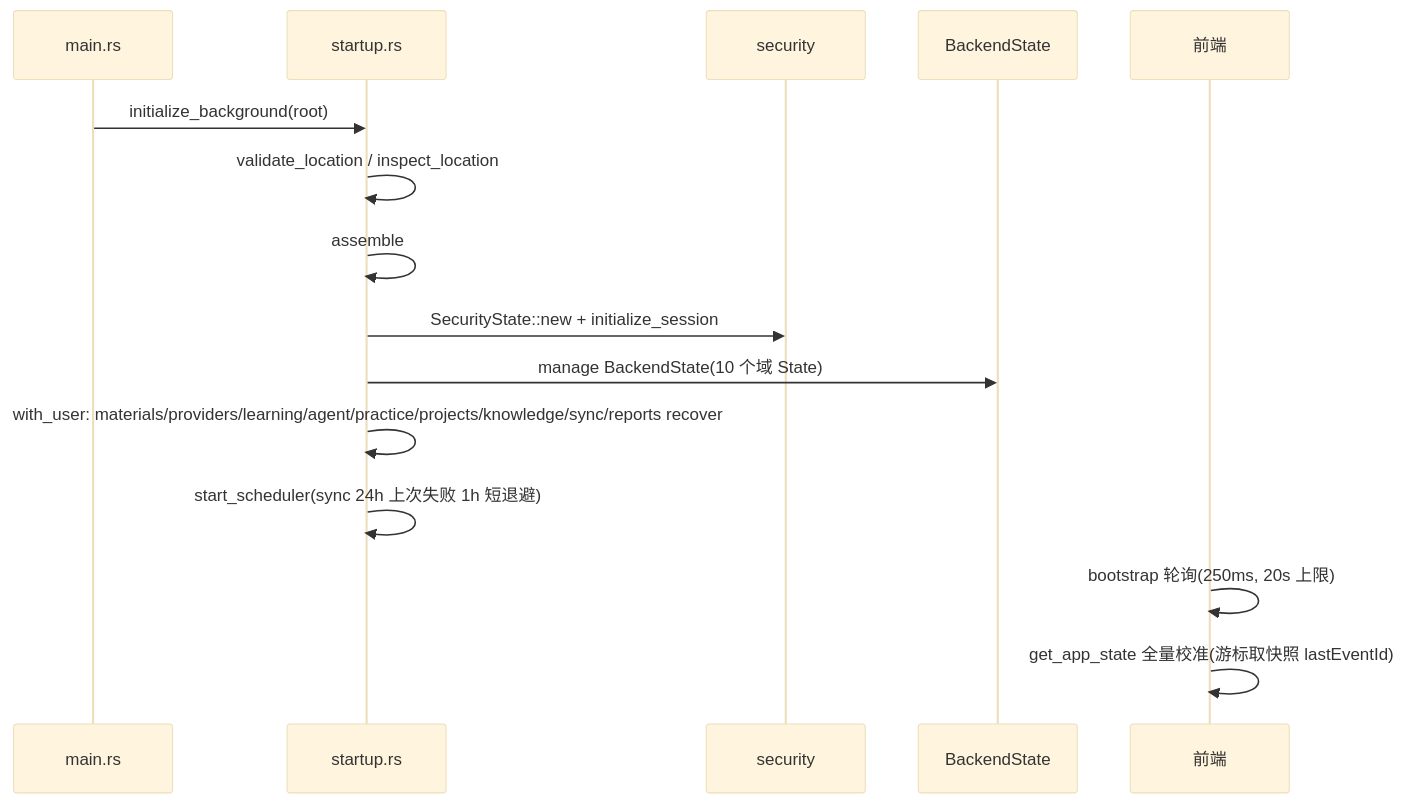
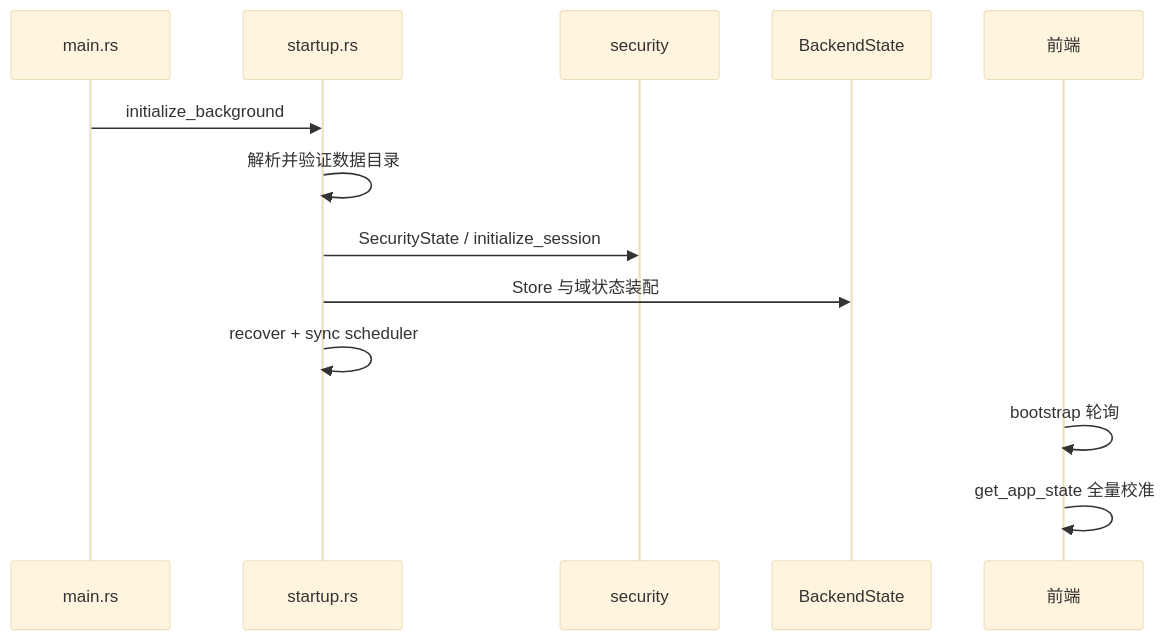
The first of 4 diagrams in docs/architecture/02-operation-principles.md (hershate/Deep-tutor), drawn with Mermaid (base theme) before and after one commit. The commit also changed other lines of this file, not shown here.

````diff
--- a/docs/architecture/02-operation-principles.md
+++ b/docs/architecture/02-operation-principles.md
@@ -7,17 +9,15 @@
 ```mermaid
 sequenceDiagram
     participant M as main.rs
-    participant SU as startup.rs
-    participant SEC as security
+    participant S as startup.rs
+    participant Q as security
     participant B as BackendState
-    participant FE as 前端
-    M->>SU: initialize_background(root)
-    SU->>SU: validate_location / inspect_location
-    SU->>SU: assemble
-    SU->>SEC: SecurityState::new + initialize_session
-    SU->>B: manage BackendState(10 个域 State)
-    SU->>SU: with_user: materials/providers/learning/agent/practice/projects/knowledge/sync/reports recover
-    SU->>SU: start_scheduler(sync 24h 上次失败 1h 短退避)
-    FE->>FE: bootstrap 轮询(250ms, 20s 上限)
-    FE->>FE: get_app_state 全量校准(游标取快照 lastEventId)
+    participant F as 前端
+    M->>S: initialize_background
+    S->>S: 解析并验证数据目录
+    S->>Q: SecurityState / initialize_session
+    S->>B: Store 与域状态装配
+    S->>S: recover + sync scheduler
+    F->>F: bootstrap 轮询
+    F->>F: get_app_state 全量校准
 ```
````
